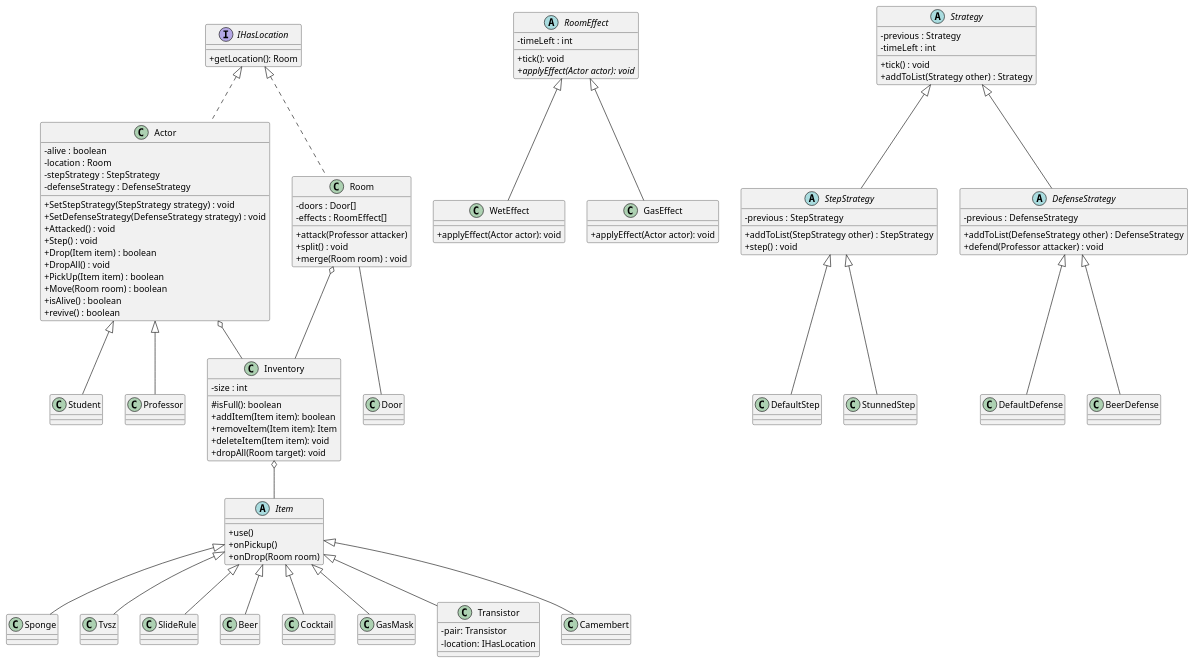
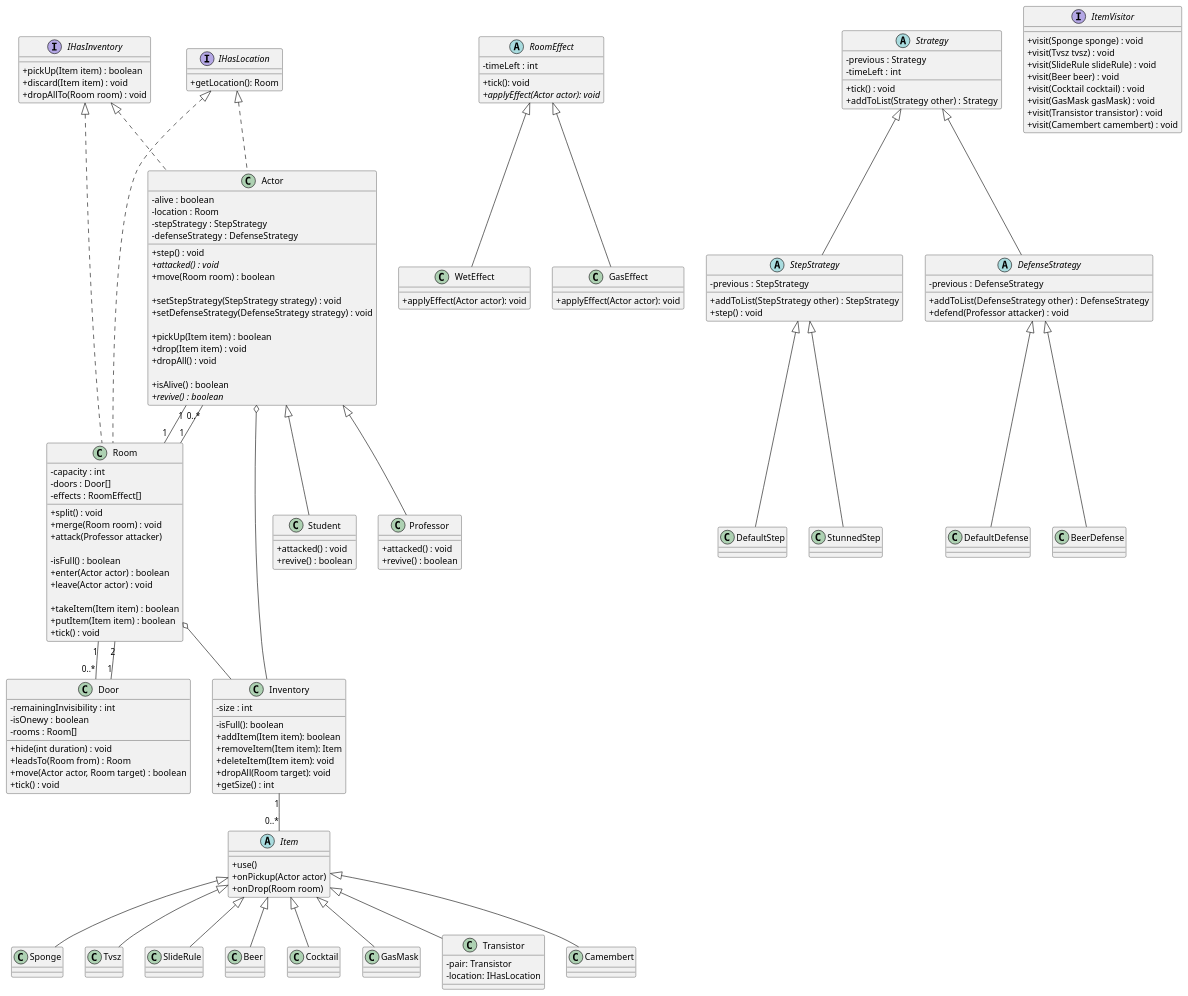
The diagram in docs/class.puml (Kristof-me/Logarlec), drawn with PlantUML before and after one commit.

Commit message:
added IHasInventory

```diff
--- a/docs/class.puml
+++ b/docs/class.puml
@@ -1,11 +1,11 @@
 @startuml
 skinparam classAttributeIconSize 0
 
-'Items ----------------------------------------------------
+'Items --------------------------------------------
 abstract class Item {
-    +use()
-    +onPickup()
-    +onDrop(Room room)
+    + use()
+    + onPickup(Actor actor)
+    + onDrop(Room room)
 }
 
 class Sponge {}
@@ -40,22 +40,31 @@
 Item <|-- Transistor
 Item <|-- Camembert
 
-'Inventory ------------------------------------------------
+'Inventory ----------------------------------------
 class Inventory {
-- size : int
-# isFull(): boolean
-+ addItem(Item item): boolean
-+ removeItem(Item item): Item
-+ deleteItem(Item item): void
-+ dropAll(Room target): void
+    - size : int
+
+    - isFull(): boolean
+    + addItem(Item item): boolean
+    + removeItem(Item item): Item
+    + deleteItem(Item item): void
+    + dropAll(Room target): void
+    + getSize() : int
 }
 
-Inventory o-- Item
+/' 
+itt a remove és a delete összevonható lenne egy 
+removeItem(Item item, boolean shouldDelete)-re
+'/
+
+Inventory "1" -- "0..*" Item
+
+' azért asszociáció, mivel ettől még az item-nek van egyedi léte
 
 Actor o-- Inventory
 Room o-- Inventory
 
-'Character ------------------------------------------------
+'Character ----------------------------------------
 
 class Actor {
     - alive : boolean
@@ -63,55 +72,110 @@
     - stepStrategy : StepStrategy
     - defenseStrategy : DefenseStrategy
 
-    + SetStepStrategy(StepStrategy strategy) : void
-    + SetDefenseStrategy(DefenseStrategy strategy) : void
-    + Attacked() : void
-    + Step() : void
-    + Drop(Item item) : boolean
-    + DropAll() : void
-    + PickUp(Item item) : boolean
-    + Move(Room room) : boolean
+    + step() : void
+    + {abstract} attacked() : void
+    + move(Room room) : boolean
+
+    + setStepStrategy(StepStrategy strategy) : void
+    + setDefenseStrategy(DefenseStrategy strategy) : void
+
+    + pickUp(Item item) : boolean
+    + drop(Item item) : void
+    + dropAll() : void
+
     + isAlive() : boolean
+    + {abstract} revive() : boolean
+}
+
+' itt a move elbizonytalanított
+
+class Student {
+    + attacked() : void
     + revive() : boolean
 }
 
-class Student {
+class Professor {
+    + attacked() : void
+    + revive() : boolean
+}
+
+Actor <|-- Student
+Actor <|-- Professor
+
+'ez egy kísérleti dolog - szedd ki, ha nem tetszik
+interface IHasInventory {
+    + pickUp(Item item) : boolean
+    + discard(Item item) : void
+    + dropAllTo(Room room) : void
 
 }
 
-class Professor {
+IHasInventory <|.. Actor
+IHasInventory <|.. Room
 
+'Room ---------------------------------------------
+
+class Room {
+    - capacity : int
+    - doors : Door[]
+    - effects : RoomEffect[]
+
+    + split() : void
+    + merge(Room room) : void
+    + attack(Professor attacker)
+    
+    - isFull() : boolean
+    + enter(Actor actor) : boolean
+    + leave(Actor actor) : void
+
+    + takeItem(Item item) : boolean
+    + putItem(Item item) : boolean
+    + tick() : void
 }
 
-Actor <|--Student
-Actor <|--Professor
+/'
+az egyirányú ajtók merge-nél eltűnnek, ha a két szoba 
+között voltak?
+ezt elég később lekezelni, de erre nem gondoltam még
+'/
 
-'Room ------------------------------------------------------
+/' 
+hogyan is fogjuk értesíteni a bennlévő professort, ha 
+egy hallgató belép?
 
-class Room {
-    - doors : Door[]
-    - effects : RoomEffect[]
-    + attack(Professor attacker)
-    + split() : void
-    + merge(Room room) : void
+lehet ez egy merész gondolat, de mi lenne, ha mi az ajtót
+kérnénk, hogy engedjen át minket?
 
+és akkor a szoba enter-je tudna értesíteni minden bennlévőt
+a belépésről
+'/
+
+class Door {
+    - remainingInvisibility : int
+    - isOnewy : boolean
+    - rooms : Room[]
+
+    + hide(int duration) : void
+    + leadsTo(Room from) : Room
+    + move(Actor actor, Room target) : boolean
+    + tick() : void
 }
 
-Room -- Door
+Room "1" -- "0..*" Actor 
+' lehet itt a * helyett kapacitás kéne, de valójában nem, mert halottak is vannak
+Actor "1" -- "1" Room
+Room "1" -- "0..*" Door
+Door "1" -- "2" Room
 
-class Door {
 
-}
-
-'HasLocation ------------------------------------------------
 interface IHasLocation {
     + getLocation(): Room
 }
 
+IHasLocation <|.. Room
 IHasLocation <|.. Actor
-IHasLocation <|.. Room
 
-'Effect ----------------------------------------------------
+'Effect -------------------------------------------
 abstract class RoomEffect {
     - timeLeft : int
     + tick(): void
@@ -161,4 +225,16 @@
 DefenseStrategy <|-- DefaultDefense
 DefenseStrategy <|-- BeerDefense
 
+'Visitors ----------------------------------------
+interface ItemVisitor {
+    + visit(Sponge sponge) : void
+    + visit(Tvsz tvsz) : void
+    + visit(SlideRule slideRule) : void
+    + visit(Beer beer) : void
+    + visit(Cocktail cocktail) : void
+    + visit(GasMask gasMask) : void
+    + visit(Transistor transistor) : void
+    + visit(Camembert camembert) : void
+}
+
 @enduml
```
